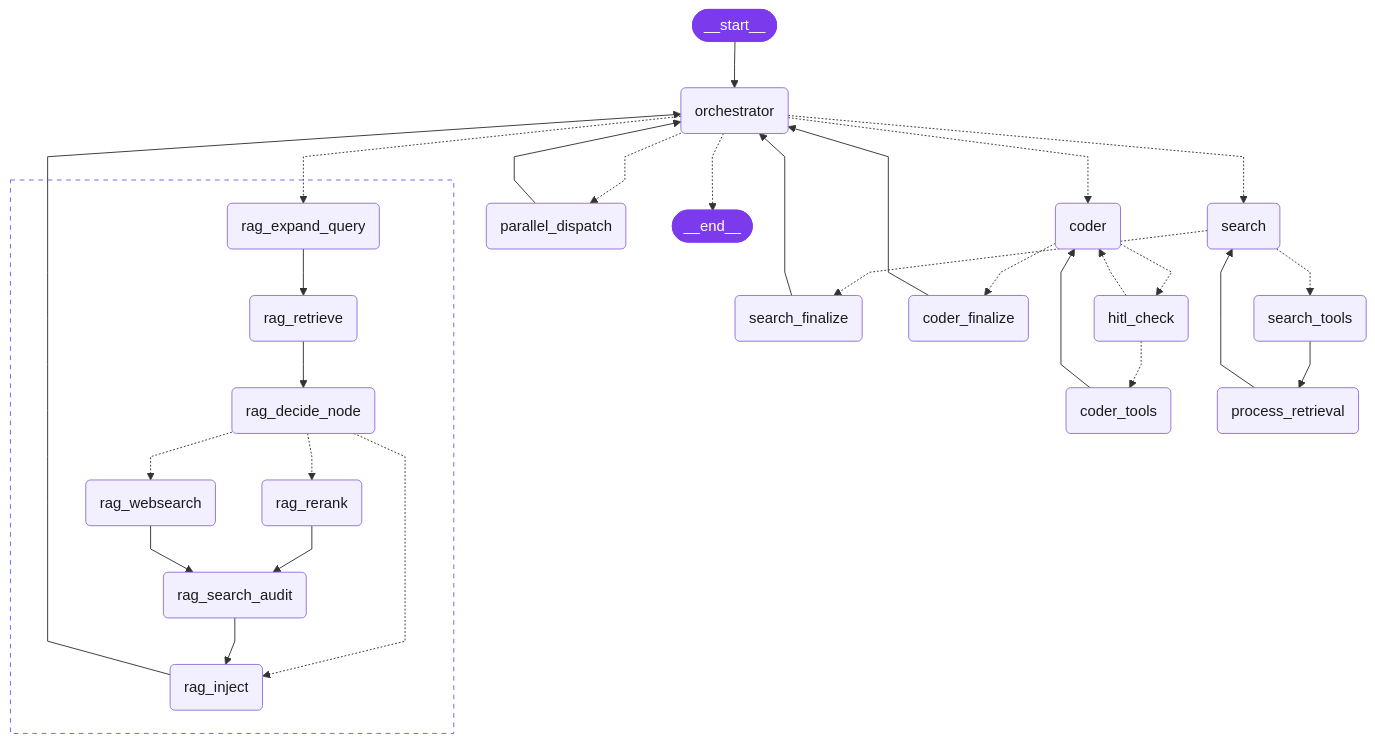
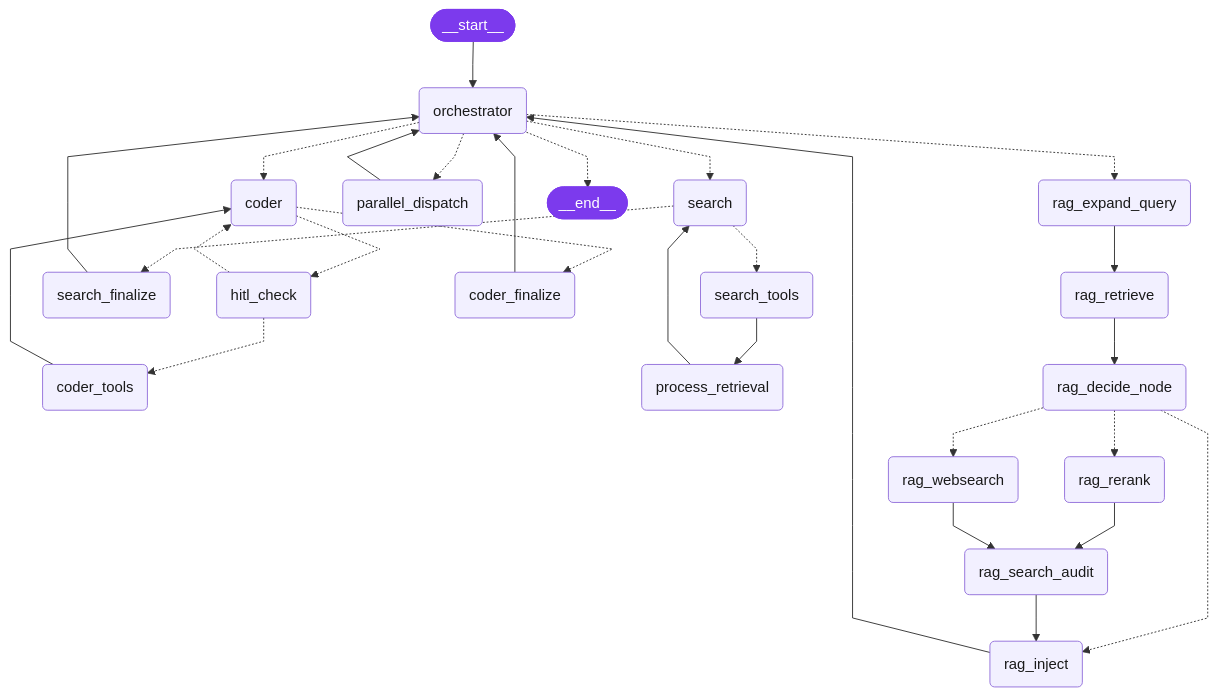
The diagram in README.md (brunosrz/vectora), drawn with Mermaid before and after one commit. The commit also changed 1 other file, not shown here.

Commit message:
docs: achata rag_subgraph como nós convencionais no diagrama Mermaid

````diff
--- a/README.md
+++ b/README.md
@@ -28,60 +28,57 @@
 ```mermaid
 ---
 config:
   flowchart:
     curve: linear
 ---
 graph TD;
 	__start__([<p>__start__</p>]):::first
 	orchestrator(orchestrator)
 	search(search)
 	search_tools(search_tools)
 	search_finalize(search_finalize)
 	coder(coder)
 	hitl_check(hitl_check)
 	coder_tools(coder_tools)
 	coder_finalize(coder_finalize)
 	process_retrieval(process_retrieval)
 	parallel_dispatch(parallel_dispatch)
+	rag_expand_query(rag_expand_query)
+	rag_retrieve(rag_retrieve)
+	rag_decide_node(rag_decide_node)
+	rag_rerank(rag_rerank)
+	rag_websearch(rag_websearch)
+	rag_search_audit(rag_search_audit)
+	rag_inject(rag_inject)
 	__end__([<p>__end__</p>]):::last
 	__start__ --> orchestrator;
 	coder -.-> coder_finalize;
 	coder -.-> hitl_check;
 	coder_finalize --> orchestrator;
 	coder_tools --> coder;
 	hitl_check -.-> coder;
 	hitl_check -.-> coder_tools;
 	orchestrator -.-> __end__;
 	orchestrator -.-> coder;
 	orchestrator -.-> parallel_dispatch;
-	orchestrator -.-> rag_subgraph:rag_expand_query;
+	orchestrator -.-> rag_expand_query;
 	orchestrator -.-> search;
 	parallel_dispatch --> orchestrator;
 	process_retrieval --> search;
-	rag_subgraph:rag_inject --> orchestrator;
+	rag_decide_node -.-> rag_inject;
+	rag_decide_node -.-> rag_rerank;
+	rag_decide_node -.-> rag_websearch;
+	rag_expand_query --> rag_retrieve;
+	rag_inject --> orchestrator;
+	rag_rerank --> rag_search_audit;
+	rag_retrieve --> rag_decide_node;
+	rag_search_audit --> rag_inject;
+	rag_websearch --> rag_search_audit;
 	search -.-> search_finalize;
 	search -.-> search_tools;
 	search_finalize --> orchestrator;
 	search_tools --> process_retrieval;
-	subgraph rag_subgraph[" "]
-	rag_subgraph:rag_expand_query(rag_expand_query)
-	rag_subgraph:rag_retrieve(rag_retrieve)
-	rag_subgraph:rag_decide_node(rag_decide_node)
-	rag_subgraph:rag_rerank(rag_rerank)
-	rag_subgraph:rag_websearch(rag_websearch)
-	rag_subgraph:rag_search_audit(rag_search_audit)
-	rag_subgraph:rag_inject(rag_inject)
-	rag_subgraph:rag_decide_node -.-> rag_subgraph:rag_inject;
-	rag_subgraph:rag_decide_node -.-> rag_subgraph:rag_rerank;
-	rag_subgraph:rag_decide_node -.-> rag_subgraph:rag_websearch;
-	rag_subgraph:rag_expand_query --> rag_subgraph:rag_retrieve;
-	rag_subgraph:rag_rerank --> rag_subgraph:rag_search_audit;
-	rag_subgraph:rag_retrieve --> rag_subgraph:rag_decide_node;
-	rag_subgraph:rag_search_audit --> rag_subgraph:rag_inject;
-	rag_subgraph:rag_websearch --> rag_subgraph:rag_search_audit;
-	end
-	style rag_subgraph fill:none,stroke:#6366f1,stroke-dasharray:5
 	classDef default fill:#f2f0ff,color:#1a1a1a,line-height:1.2
 	classDef first fill:#7c3aed,color:#ffffff,stroke:#7c3aed
 	classDef last fill:#7c3aed,color:#ffffff,stroke:#7c3aed
 ```
````
